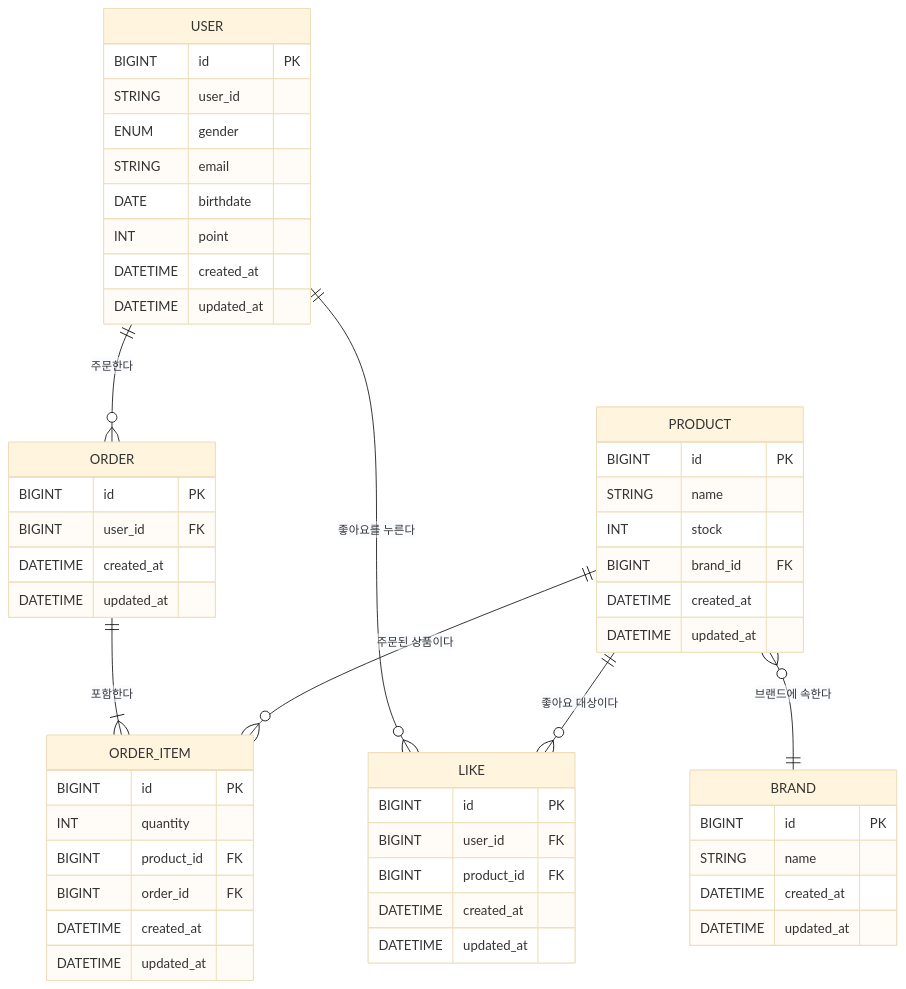
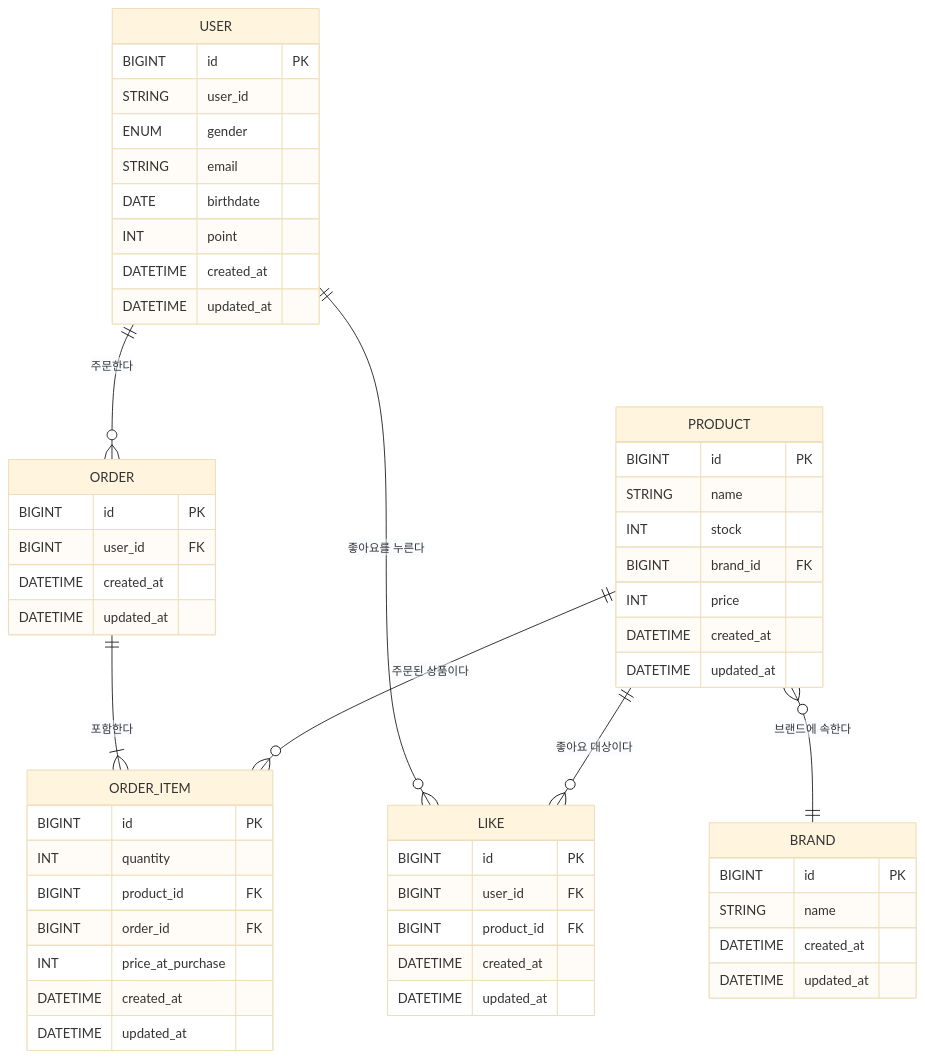
One commit to kodonghee/loopers-e-commerce changed the diagram in docs/design/04-erd.md. Above: the diagram before and after it, drawn with Mermaid (base theme). The commit also changed other lines of this file, not shown here.

Commit message:
fix: ERD 테이블 설명 보충

````diff
--- a/docs/design/04-erd.md
+++ b/docs/design/04-erd.md
@@ -5,62 +5,64 @@
 ```mermaid
 erDiagram
     USER {
         BIGINT id PK
         STRING user_id
         ENUM gender
         STRING email
         DATE birthdate
         INT point
         DATETIME created_at
         DATETIME updated_at
     }
 
     PRODUCT {
         BIGINT id PK
         STRING name
         INT stock
         BIGINT brand_id FK
+        INT price
         DATETIME created_at
         DATETIME updated_at
     }
 
     BRAND {
         BIGINT id PK
         STRING name
         DATETIME created_at
         DATETIME updated_at
     }
 
     ORDER {
         BIGINT id PK
         BIGINT user_id FK
         DATETIME created_at 
         DATETIME updated_at
         
     }
 
     ORDER_ITEM {
         BIGINT id PK
         INT quantity
         BIGINT product_id FK
         BIGINT order_id FK
+        INT price_at_purchase
         DATETIME created_at
         DATETIME updated_at
     }
 
     LIKE {
         BIGINT id PK
         BIGINT user_id FK
         BIGINT product_id FK
         DATETIME created_at
         DATETIME updated_at
     }
 
     %% 관계 정의
     USER ||--o{ "ORDER" : "주문한다"
     "ORDER" ||--|{ ORDER_ITEM : "포함한다"
     USER ||--o{ "LIKE" : "좋아요를 누른다"
     PRODUCT ||--o{ "LIKE" : "좋아요 대상이다"
     PRODUCT ||--o{ ORDER_ITEM : "주문된 상품이다"
     PRODUCT }o--|| BRAND : "브랜드에 속한다"
 ```
````
